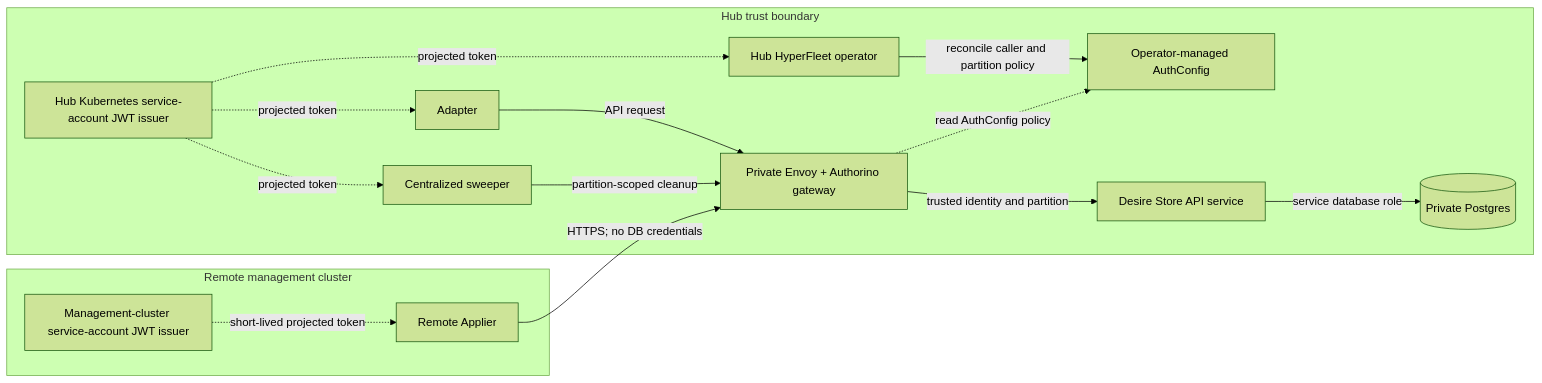
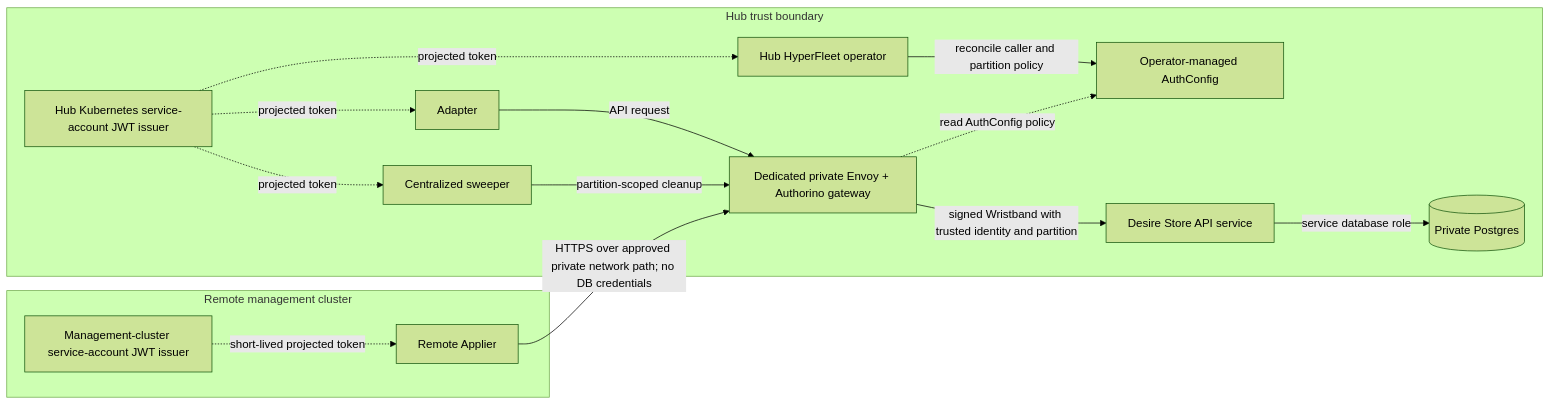
Before and after one commit to Mischulee/architecture: the first of 2 diagrams in hyperfleet/docs/desire-store-hld.md, drawn with Mermaid (forest theme). The commit also changed other lines of this file and 2 other files, not shown here.

````diff
--- a/hyperfleet/docs/desire-store-hld.md
+++ b/hyperfleet/docs/desire-store-hld.md
@@ -38,30 +38,30 @@
 ```mermaid
 flowchart LR
     subgraph MC["Remote management cluster"]
         MCISS["Management-cluster service-account JWT issuer"]
         AP["Remote Applier"]
         MCISS -.->|"short-lived projected token"| AP
     end
 
     subgraph HUB["Hub trust boundary"]
         HISS["Hub Kubernetes service-account JWT issuer"]
         AD["Adapter"]
         GC["Centralized sweeper"]
         OP["Hub HyperFleet operator"]
         AC["Operator-managed AuthConfig"]
-        GW["Private Envoy + Authorino gateway"]
+        GW["Dedicated private Envoy + Authorino gateway"]
         DS["Desire Store API service"]
         PG[("Private Postgres")]
 
         HISS -.->|"projected token"| AD
         HISS -.->|"projected token"| GC
         HISS -.->|"projected token"| OP
         AD -->|"API request"| GW
         GC -->|"partition-scoped cleanup"| GW
         OP -->|"reconcile caller and partition policy"| AC
-        AP -->|"HTTPS; no DB credentials"| GW
-        GW -->|"trusted identity and partition"| DS
+        AP -->|"HTTPS over approved private network path; no DB credentials"| GW
+        GW -->|"signed Wristband with trusted identity and partition"| DS
         GW -.->|"read AuthConfig policy"| AC
         DS -->|"service database role"| PG
     end
 ```
````
